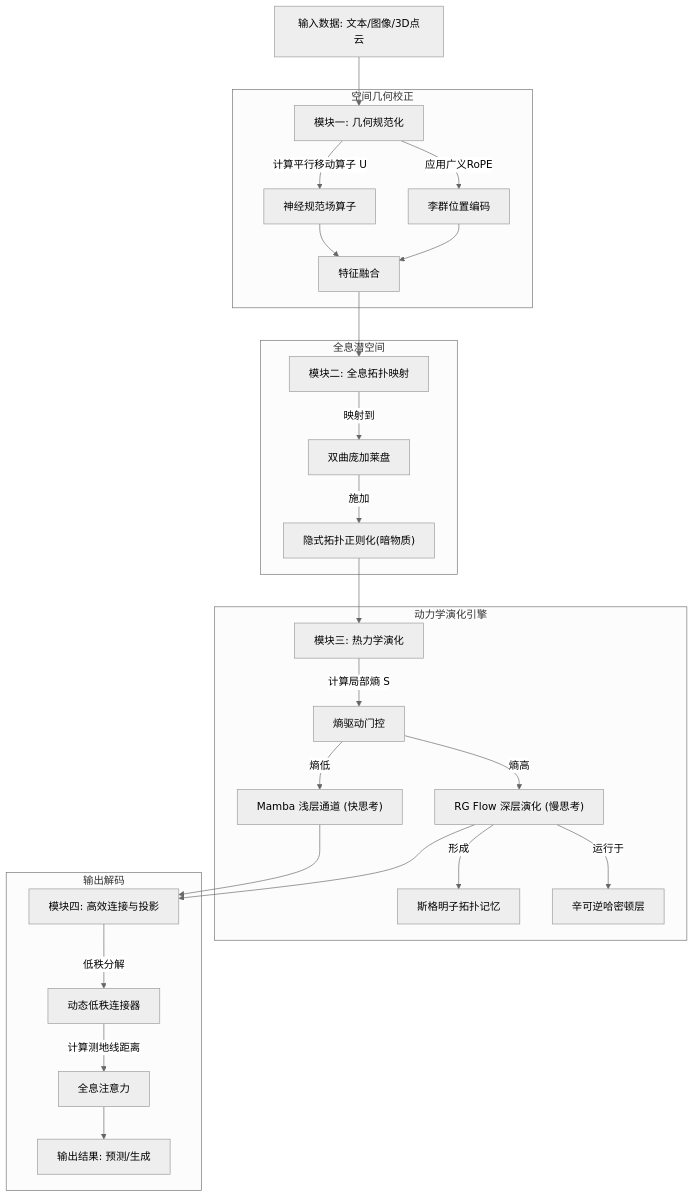
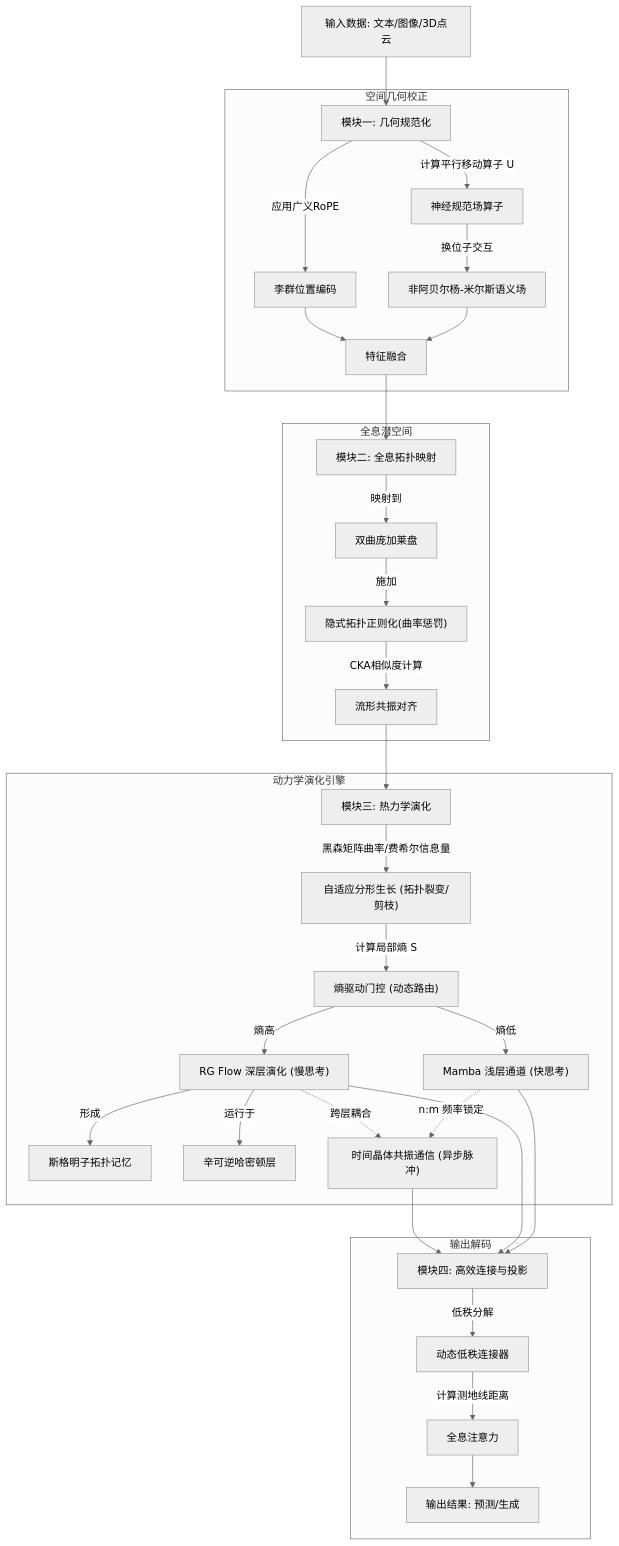
The first of 4 diagrams in Patent_Docs/交底书.md (stalinnn/phaser), drawn with Mermaid (neutral theme) before and after one commit. The commit also changed other lines of this file, not shown here.

````diff
--- a/Patent_Docs/交底书.md
+++ b/Patent_Docs/交底书.md
@@ -49,30 +49,36 @@
 ```mermaid
 graph TD
     Input["输入数据: 文本/图像/3D点云"] --> NGF["模块一: 几何规范化"]
     subgraph S1 ["空间几何校正"]
         NGF --> |计算平行移动算子 U| UOperator["神经规范场算子"]
         NGF --> |应用广义RoPE| PosEnc["李群位置编码"]
-        UOperator --> Fusion["特征融合"]
+        UOperator --> |换位子交互| YMField["非阿贝尔杨-米尔斯语义场"]
+        YMField --> Fusion["特征融合"]
         PosEnc --> Fusion
     end
     Fusion --> HoloMap["模块二: 全息拓扑映射"]
     subgraph S2 ["全息潜空间"]
         HoloMap --> |映射到| Poincare["双曲庞加莱盘"]
-        Poincare --> |施加| DarkMatter["隐式拓扑正则化(暗物质)"]
+        Poincare --> |施加| DarkMatter["隐式拓扑正则化(曲率惩罚)"]
+        DarkMatter --> |CKA相似度计算| Alignment["流形共振对齐"]
     end
-    DarkMatter --> Thermo["模块三: 热力学演化"]
+    Alignment --> Thermo["模块三: 热力学演化"]
     subgraph S3 ["动力学演化引擎"]
-        Thermo --> |计算局部熵 S| EntropyGate["熵驱动门控"]
+        Thermo --> |黑森矩阵曲率/费希尔信息量| Fractal["自适应分形生长 (拓扑裂变/剪枝)"]
+        Fractal --> |计算局部熵 S| EntropyGate["熵驱动门控 (动态路由)"]
         EntropyGate -- 熵低 --> FastPath["Mamba 浅层通道 (快思考)"]
         EntropyGate -- 熵高 --> SlowPath["RG Flow 深层演化 (慢思考)"]
         SlowPath --> |形成| Skyrmion["斯格明子拓扑记忆"]
         SlowPath --> |运行于| Symplectic["辛可逆哈密顿层"]
+        FastPath -.-> |n:m 频率锁定| TimeCrystal["时间晶体共振通信 (异步脉冲)"]
+        SlowPath -.-> |跨层耦合| TimeCrystal
     end
     FastPath --> Connector["模块四: 高效连接与投影"]
     SlowPath --> Connector
+    TimeCrystal --> Connector
     subgraph S4 ["输出解码"]
         Connector --> |低秩分解| LowRank["动态低秩连接器"]
         LowRank --> |计算测地线距离| HoloAttn["全息注意力"]
         HoloAttn --> Output["输出结果: 预测/生成"]
     end
 ```
````
